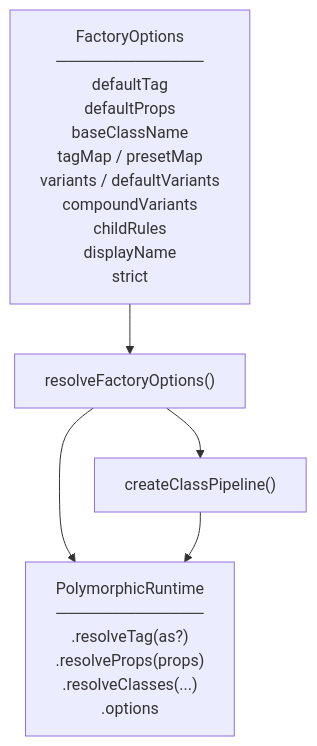
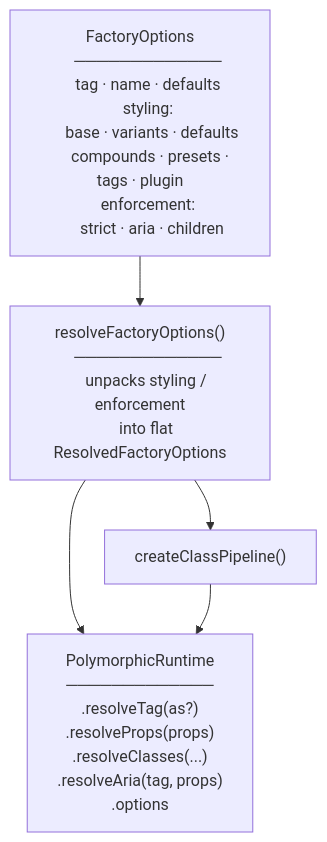
Before and after one commit to slowebworkz/praxis-kit: the first of 10 diagrams in ARCHITECTURE.md, drawn with Mermaid. The commit also changed other lines of this file and 1 other file, not shown here.

````diff
--- a/ARCHITECTURE.md
+++ b/ARCHITECTURE.md
@@ -61,30 +61,31 @@
 ```mermaid
 flowchart TD
     options["FactoryOptions
     ─────────────
-    defaultTag
-    defaultProps
-    baseClassName
-    tagMap / presetMap
-    variants / defaultVariants
-    compoundVariants
-    childRules
-    displayName
-    strict"
+    tag · name · defaults
+    styling:
+      base · variants · defaults
+      compounds · presets · tags · plugin
+    enforcement:
+      strict · aria · children"
     ]
 
-    resolve["resolveFactoryOptions()"]
+    resolve["resolveFactoryOptions()
+    ─────────────
+    unpacks styling / enforcement
+    into flat ResolvedFactoryOptions"]
 
     pipeline["createClassPipeline()"]
 
     runtime["PolymorphicRuntime
 ─────────────
 .resolveTag(as?)
 .resolveProps(props)
 .resolveClasses(...)
+.resolveAria(tag, props)
 .options"]
 
     options --> resolve --> pipeline
     resolve --> runtime
     pipeline --> runtime
 ```
````
